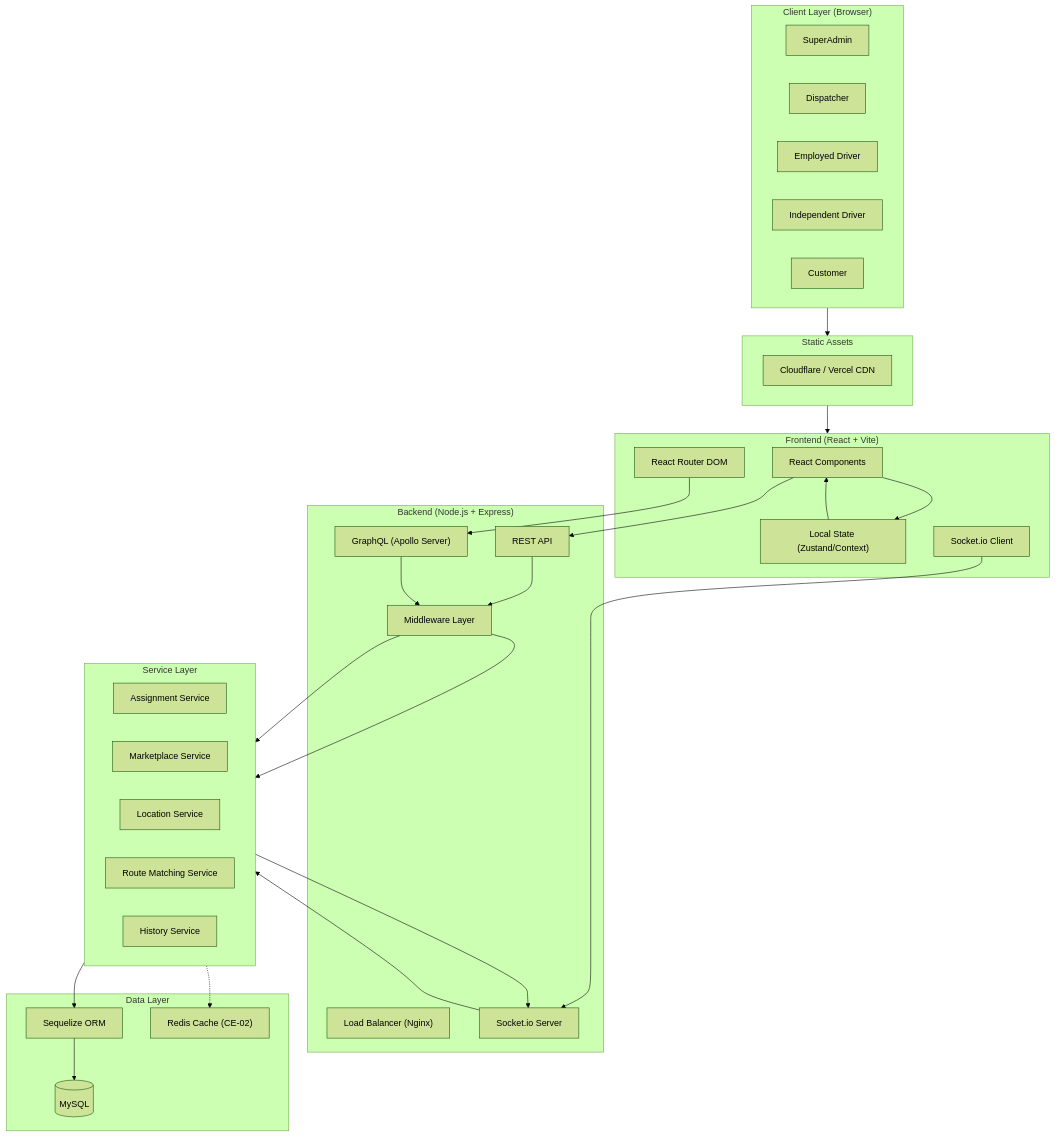
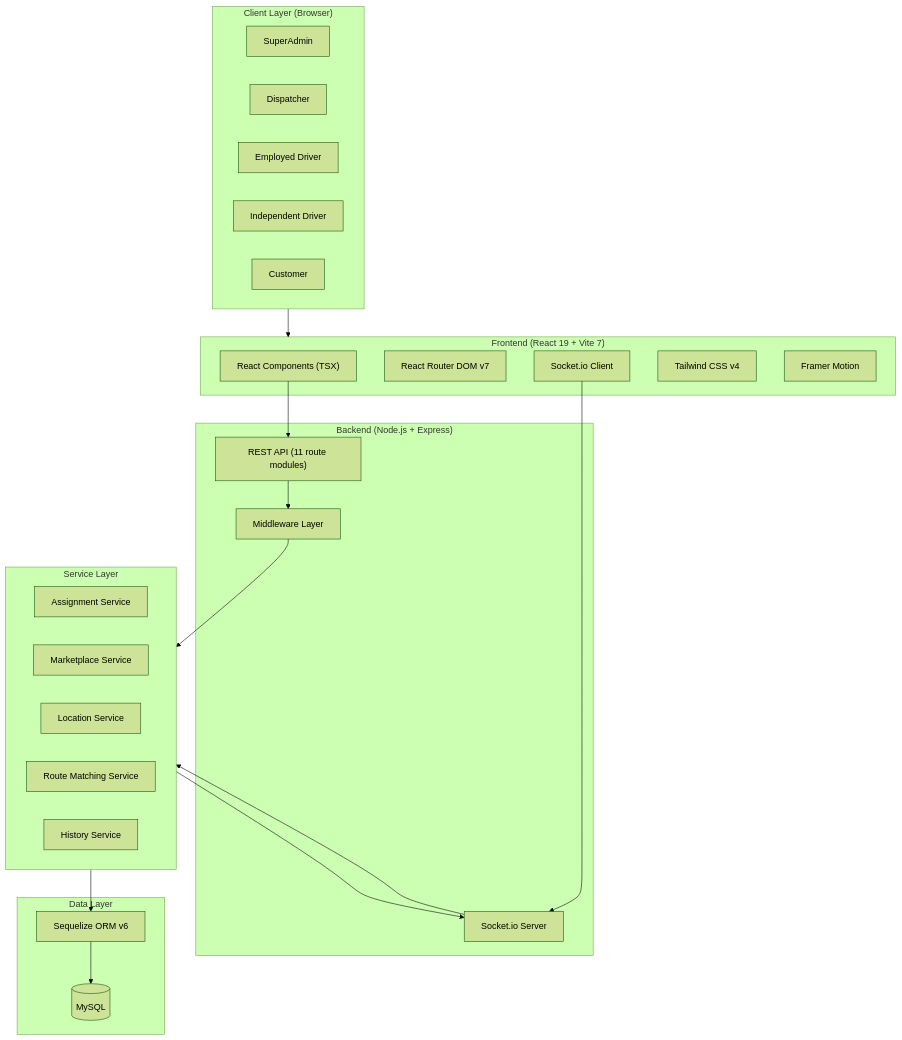
The first of 13 diagrams in docs/system_design.md (arsh342/dispatchCore), drawn with Mermaid (forest theme) before and after one commit. The commit also changed other lines of this file and 94 other files, not shown here.

````diff
--- a/docs/system_design.md
+++ b/docs/system_design.md
@@ -109,56 +113,45 @@
 ```mermaid
 graph TB
     subgraph Clients["Client Layer (Browser)"]
         SA["SuperAdmin"]
         DD["Dispatcher"]
         ED["Employed Driver"]
         ID["Independent Driver"]
         CT["Customer"]
     end
 
-    subgraph CDN["Static Assets"]
-        CF["Cloudflare / Vercel CDN"]
-    end
-
-    subgraph Frontend["Frontend (React + Vite)"]
-        RC["React Components"]
-        RTK["Local State (Zustand/Context)"]
-        AP["React Router DOM"]
+    subgraph Frontend["Frontend (React 19 + Vite 7)"]
+        RC["React Components (TSX)"]
+        RR["React Router DOM v7"]
         SC["Socket.io Client"]
+        TW["Tailwind CSS v4"]
+        FM["Framer Motion"]
     end
 
     subgraph Backend["Backend (Node.js + Express)"]
-        LB["Load Balancer (Nginx)"]
-        REST["REST API"]
-        GQL["GraphQL (Apollo Server)"]
+        REST["REST API (11 route modules)"]
         WS["Socket.io Server"]
         MW["Middleware Layer"]
     end
 
     subgraph Services["Service Layer"]
         AS["Assignment Service"]
         MS["Marketplace Service"]
         LS["Location Service"]
         RMS["Route Matching Service"]
         HS["History Service"]
     end
 
     subgraph Data["Data Layer"]
-        ORM["Sequelize ORM"]
-        DB[(MySQL)]
-        CACHE["Redis Cache (CE-02)"]
+        ORM["Sequelize ORM v6"]
+        DB[("MySQL")]
     end
 
-    Clients --> CDN --> Frontend
-    RC --> RTK
-    RTK --> RC
+    Clients --> Frontend
     RC --> REST
-    AP --> GQL
     SC --> WS
     REST --> MW --> Services
-    GQL --> MW --> Services
     WS --> Services
     Services --> ORM --> DB
-    Services -.-> CACHE
     Services --> WS
 ```
````
